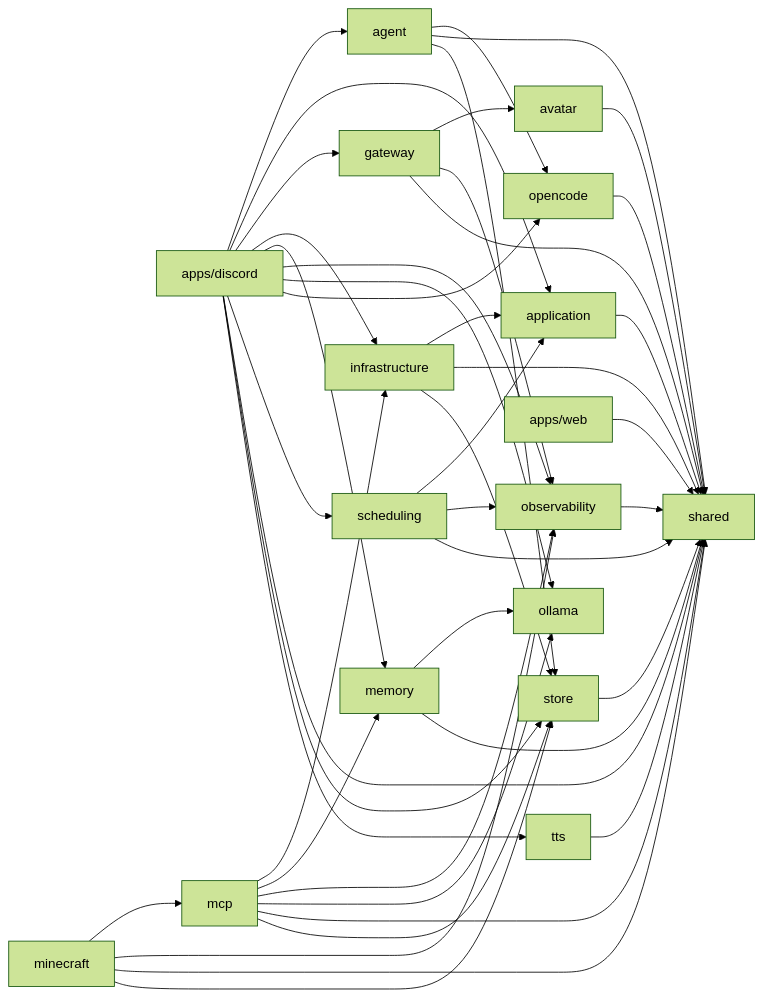
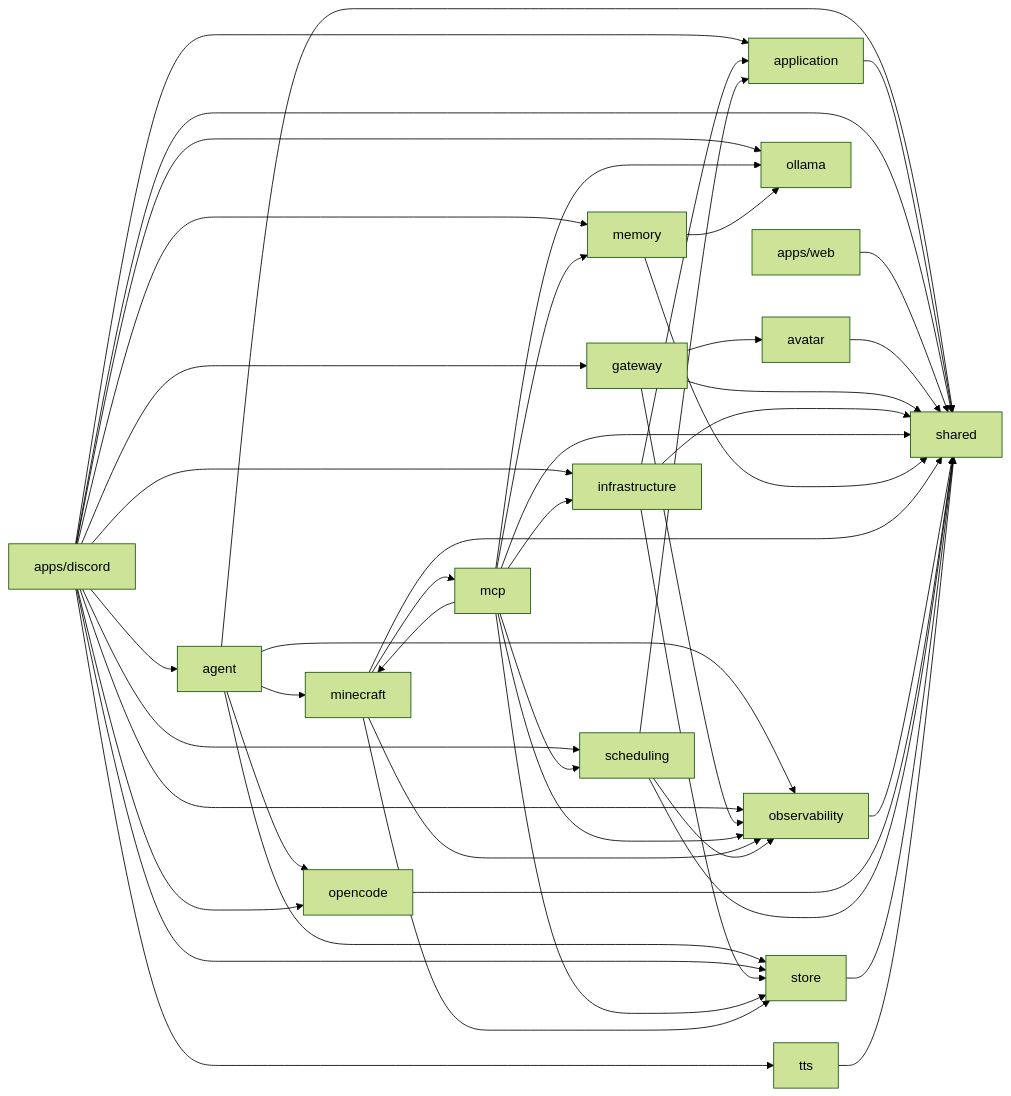
Before and after one commit to OJII3/vicissitude: the diagram in docs/DEPS.md, drawn with Mermaid (forest theme). The commit also changed other lines of this file and 51 other files, not shown here.

````diff
--- a/docs/DEPS.md
+++ b/docs/DEPS.md
@@ -7,48 +7,52 @@
 ```mermaid
 graph LR
+  agent --> minecraft
+  agent --> observability
   agent --> opencode
   agent --> shared
   agent --> store
   application --> shared
   apps_discord["apps/discord"] --> agent
   apps_discord["apps/discord"] --> application
   apps_discord["apps/discord"] --> gateway
   apps_discord["apps/discord"] --> infrastructure
   apps_discord["apps/discord"] --> memory
   apps_discord["apps/discord"] --> observability
   apps_discord["apps/discord"] --> ollama
   apps_discord["apps/discord"] --> opencode
   apps_discord["apps/discord"] --> scheduling
   apps_discord["apps/discord"] --> shared
   apps_discord["apps/discord"] --> store
   apps_discord["apps/discord"] --> tts
   apps_web["apps/web"] --> shared
   avatar --> shared
   gateway --> avatar
   gateway --> observability
   gateway --> shared
   infrastructure --> application
   infrastructure --> shared
   infrastructure --> store
   mcp --> infrastructure
   mcp --> memory
+  mcp --> minecraft
   mcp --> observability
   mcp --> ollama
+  mcp --> scheduling
   mcp --> shared
   mcp --> store
   memory --> ollama
   memory --> shared
   minecraft --> mcp
   minecraft --> observability
   minecraft --> shared
   minecraft --> store
   observability --> shared
   ollama
   opencode --> shared
   scheduling --> application
   scheduling --> observability
   scheduling --> shared
   shared
   store --> shared
   tts --> shared
 ```
````
